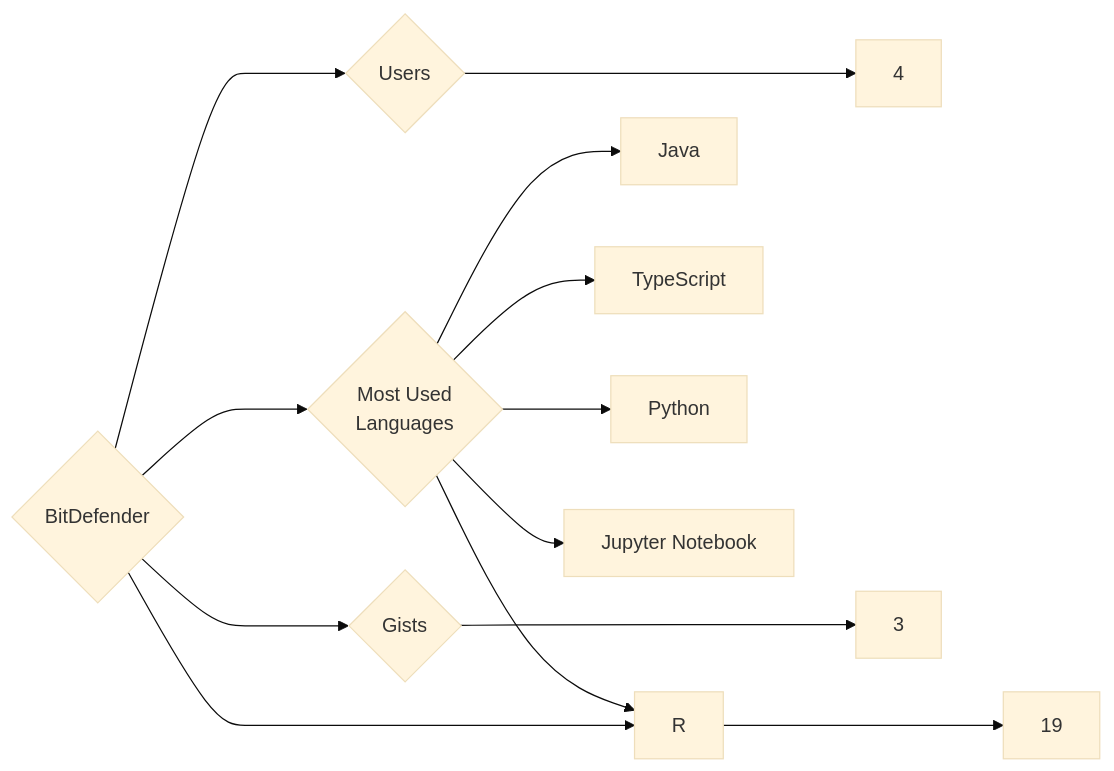
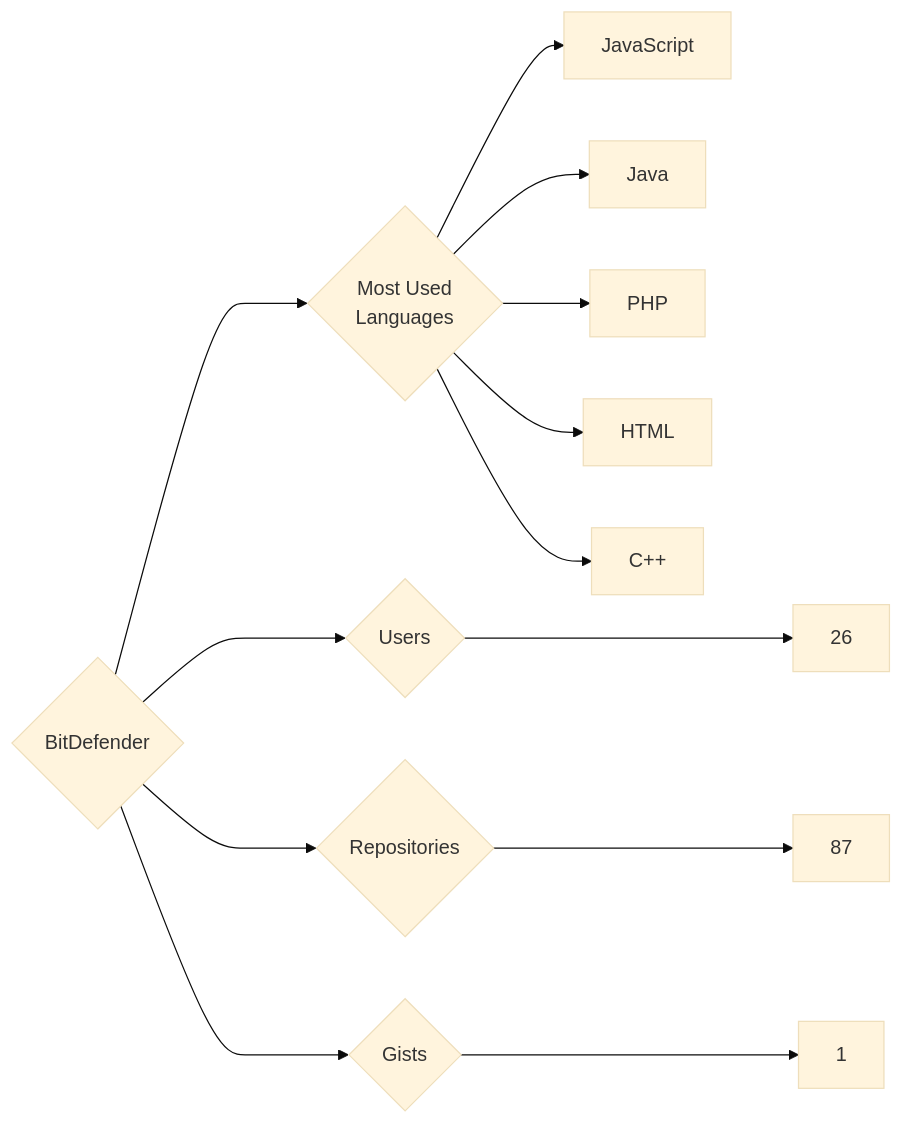
The diagram in targets/BitDefender/README.md (trickest/insiders), drawn with Mermaid (base theme) before and after one commit. The commit also changed 912 other files, not shown here.

````diff
--- a/targets/BitDefender/README.md
+++ b/targets/BitDefender/README.md
@@ -3,13 +3,13 @@
 ```mermaid
 graph LR
 COMPANY_NAME{BitDefender}
-COMPANY_NAME ---> U{Users} ---> UN[4]
-COMPANY_NAME ---> R{Repositories} ---> RN[19]
-COMPANY_NAME ---> G{Gists} ---> GN[3]
+COMPANY_NAME ---> U{Users} ---> UN[26]
+COMPANY_NAME ---> R{Repositories} ---> RN[87]
+COMPANY_NAME ---> G{Gists} ---> GN[1]
 COMPANY_NAME ---> ML{Most Used<br>Languages}
+ML --> JavaScript[JavaScript]
 ML --> Java[Java]
-ML --> TypeScript[TypeScript]
-ML --> Python[Python]
-ML --> R[R]
-ML --> Jupyter_Notebook[Jupyter Notebook]
+ML --> PHP[PHP]
+ML --> HTML[HTML]
+ML --> C++[C++]
 ```
````
